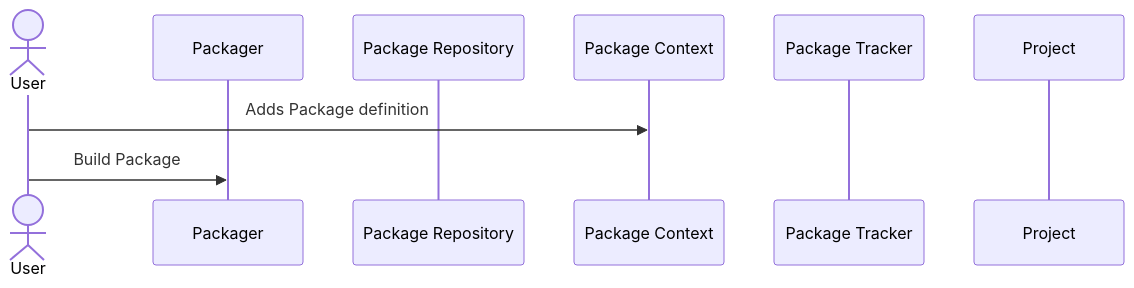
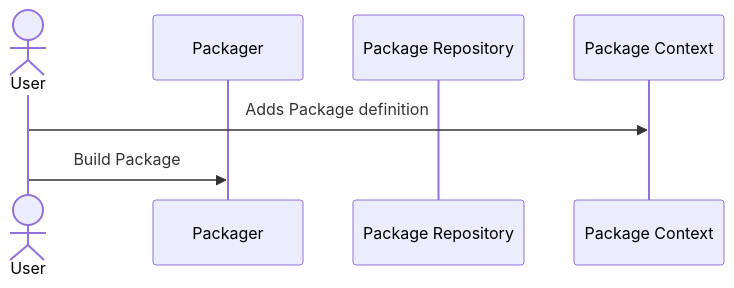
One commit to bacpack-system/bacpack-system.github.io changed the first of 5 diagrams in docs/use_cases.md. Above: the diagram before and after it, drawn with Mermaid. The commit also changed other lines of this file, not shown here.

````diff
--- a/docs/use_cases.md
+++ b/docs/use_cases.md
@@ -18,12 +18,10 @@
 ```mermaid
 sequenceDiagram
   actor User
   participant Packager
   participant Package Repository
   participant Package Context
-  participant Package Tracker
-  participant Project
 
   User->>Package Context: Adds Package definition
   User->>Packager: Build Package
 ```
````
